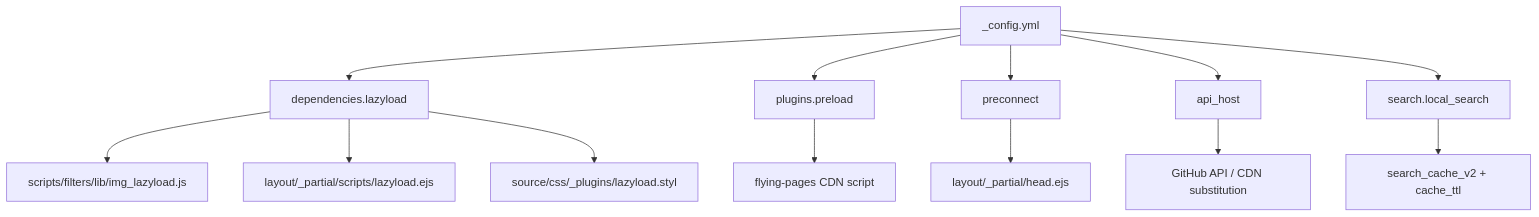
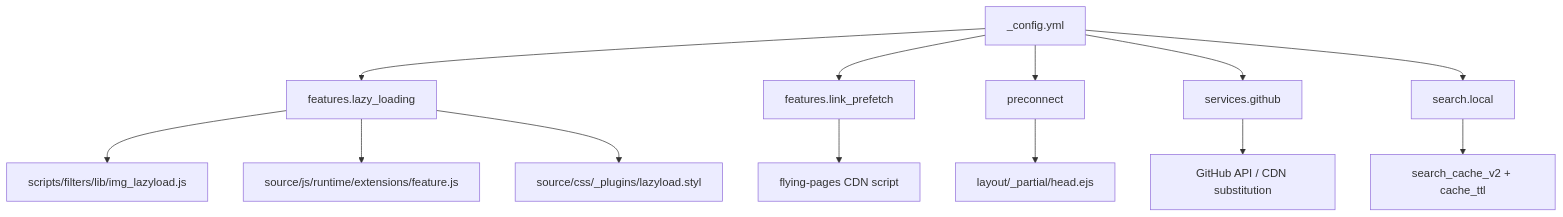
Before and after one commit to xaoxuu/hexo-theme-stellar: the first of 3 diagrams in docs/knowledge/09-高级主题/performance.md, drawn with Mermaid. The commit also changed other lines of this file and 861 other files, not shown here.

````diff
--- a/docs/knowledge/09-高级主题/performance.md
+++ b/docs/knowledge/09-高级主题/performance.md
@@ -51,20 +51,20 @@
 ```mermaid
 flowchart TD
-  A["_config.yml"] --> B["dependencies.lazyload"]
-  A --> D["plugins.preload"]
+  A["_config.yml"] --> B["features.lazy_loading"]
+  A --> D["features.link_prefetch"]
   A --> E["preconnect"]
-  A --> F["api_host"]
-  A --> G["search.local_search"]
+  A --> F["services.github"]
+  A --> G["search.local"]
 
   B --> B1["scripts/filters/lib/img_lazyload.js"]
-  B --> B2["layout/_partial/scripts/lazyload.ejs"]
+  B --> B2["source/js/runtime/extensions/feature.js"]
   B --> B3["source/css/_plugins/lazyload.styl"]
 
   D --> D1["flying-pages CDN script"]
 
   E --> E2["layout/_partial/head.ejs"]
 
   F --> F1["GitHub API / CDN substitution"]
 
   G --> G1["search_cache_v2 + cache_ttl"]
 ```
````
